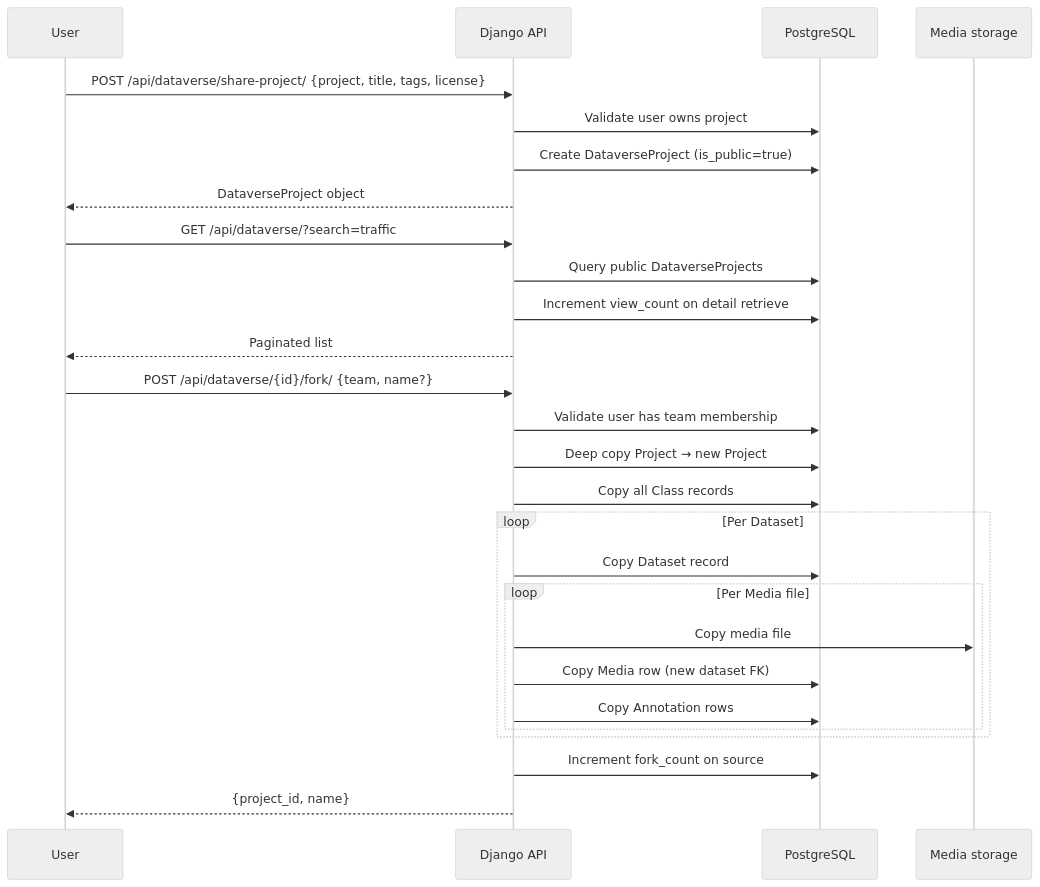
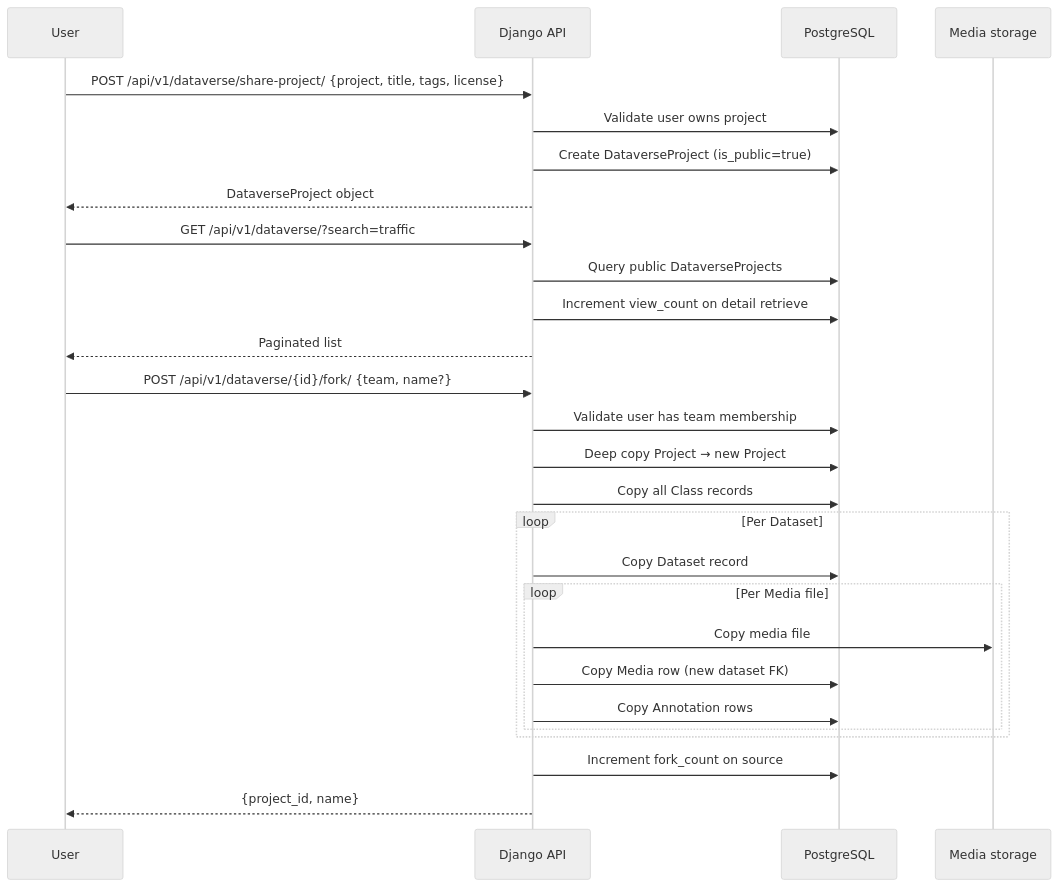
Diagram 12 of 13 in docs/ARCHITECTURE_DIAGRAMS.md (the-visiox/visiox), drawn with Mermaid (neutral theme) before and after one commit. The commit also changed other lines of this file and 16 other files, not shown here.

````diff
--- a/docs/ARCHITECTURE_DIAGRAMS.md
+++ b/docs/ARCHITECTURE_DIAGRAMS.md
@@ -467,32 +500,32 @@
 ```mermaid
 sequenceDiagram
     participant User
     participant API as Django API
     participant DB as PostgreSQL
     participant Media as Media storage
 
-    User->>API: POST /api/dataverse/share-project/ {project, title, tags, license}
+    User->>API: POST /api/v1/dataverse/share-project/ {project, title, tags, license}
     API->>DB: Validate user owns project
     API->>DB: Create DataverseProject (is_public=true)
     API-->>User: DataverseProject object
 
-    User->>API: GET /api/dataverse/?search=traffic
+    User->>API: GET /api/v1/dataverse/?search=traffic
     API->>DB: Query public DataverseProjects
     API->>DB: Increment view_count on detail retrieve
     API-->>User: Paginated list
 
-    User->>API: POST /api/dataverse/{id}/fork/ {team, name?}
+    User->>API: POST /api/v1/dataverse/{id}/fork/ {team, name?}
     API->>DB: Validate user has team membership
     API->>DB: Deep copy Project → new Project
     API->>DB: Copy all Class records
     loop Per Dataset
         API->>DB: Copy Dataset record
         loop Per Media file
             API->>Media: Copy media file
             API->>DB: Copy Media row (new dataset FK)
             API->>DB: Copy Annotation rows
         end
     end
     API->>DB: Increment fork_count on source
     API-->>User: {project_id, name}
 ```
````
